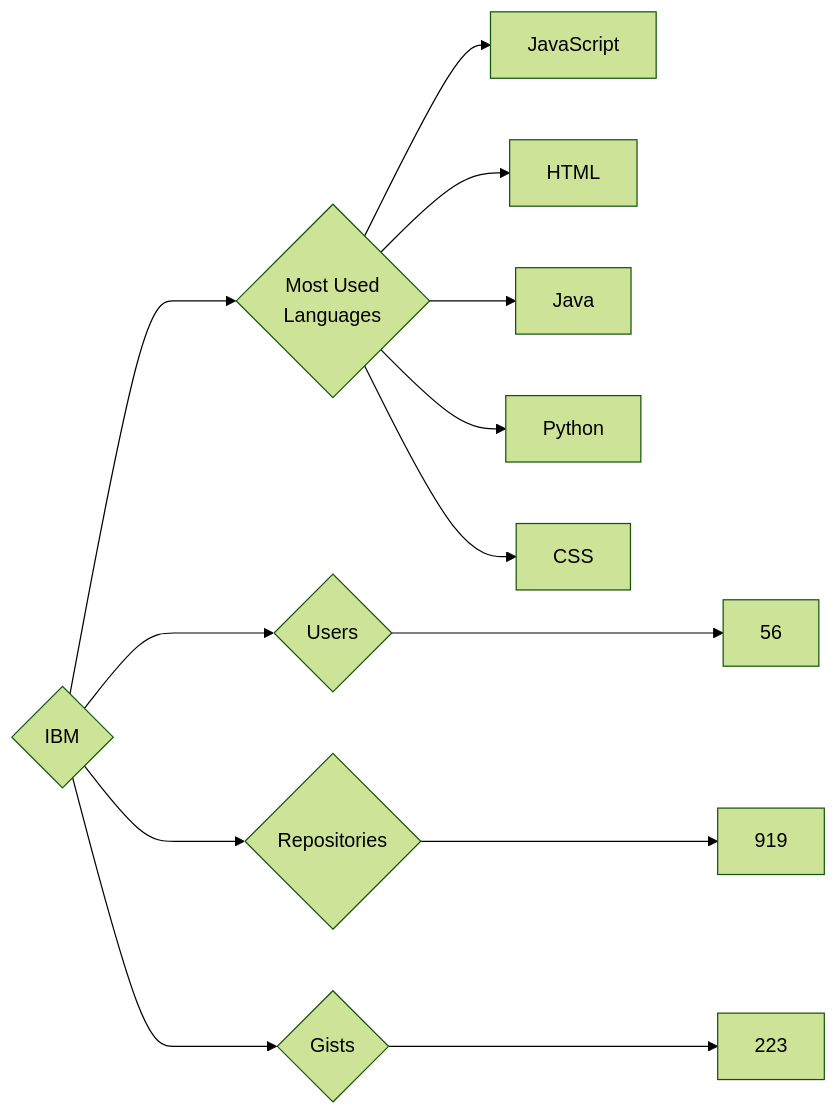
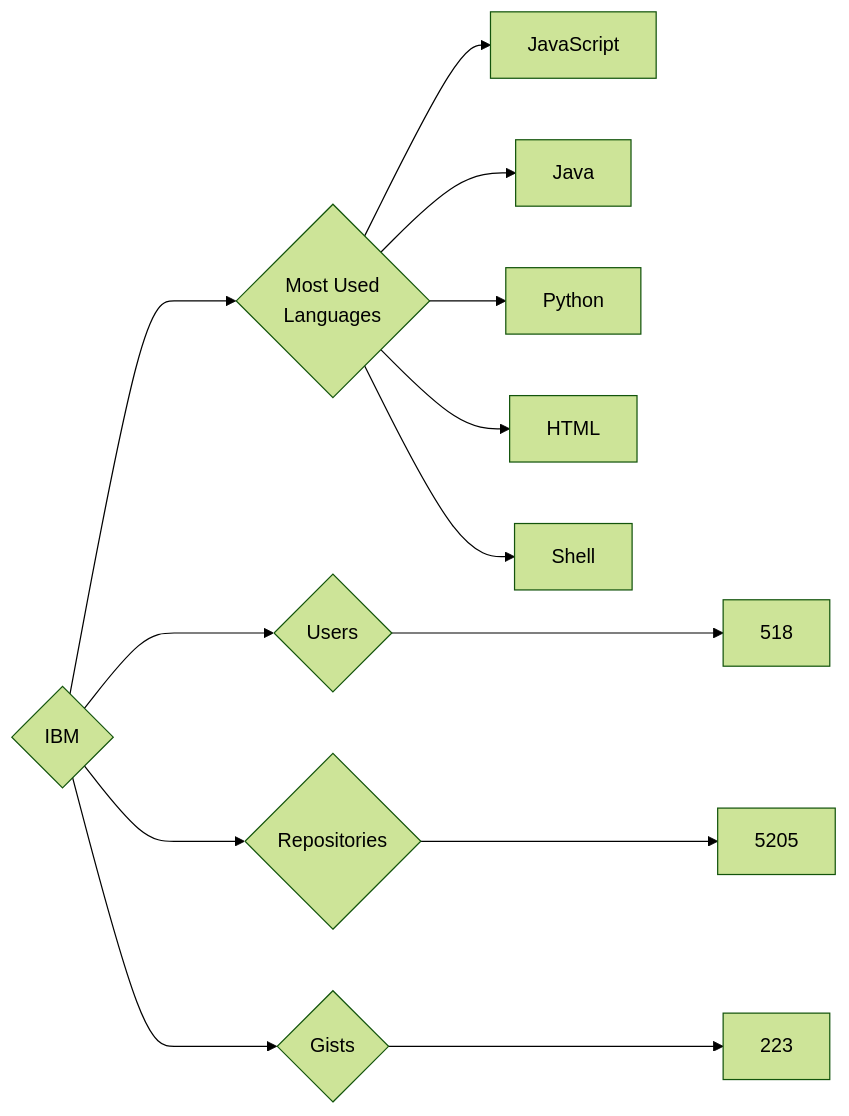
Before and after one commit to trickest/insiders: the diagram in targets/IBM/README.md, drawn with Mermaid (forest theme). The commit also changed 998 other files, not shown here.

````diff
--- a/targets/IBM/README.md
+++ b/targets/IBM/README.md
@@ -3,13 +3,13 @@
 ```mermaid
 graph LR
 COMPANY_NAME{IBM}
-COMPANY_NAME ---> U{Users} ---> UN[56]
-COMPANY_NAME ---> R{Repositories} ---> RN[919]
+COMPANY_NAME ---> U{Users} ---> UN[518]
+COMPANY_NAME ---> R{Repositories} ---> RN[5205]
 COMPANY_NAME ---> G{Gists} ---> GN[223]
 COMPANY_NAME ---> ML{Most Used<br>Languages}
 ML --> JavaScript[JavaScript]
-ML --> HTML[HTML]
 ML --> Java[Java]
 ML --> Python[Python]
-ML --> CSS[CSS]
+ML --> HTML[HTML]
+ML --> Shell[Shell]
 ```
````
